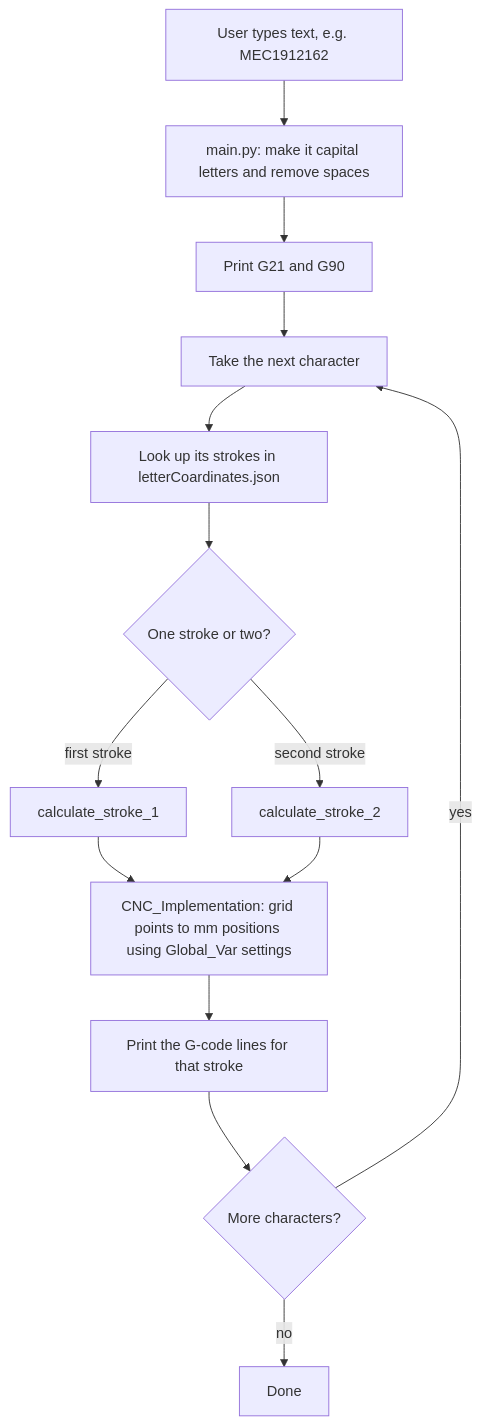
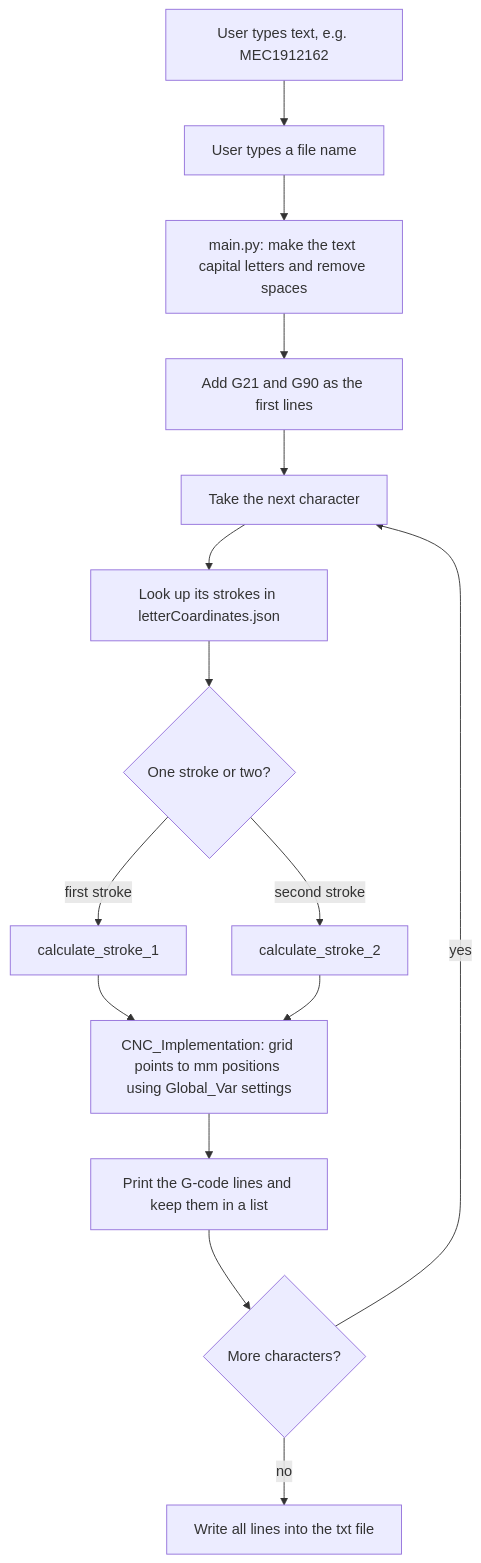
Before and after one commit to naveenpandiyan525/Automating-G_Code-Generation-to-print-letters-and-numbers: the diagram in README.md, drawn with Mermaid. The commit also changed other lines of this file and 2 other files, not shown here.

````diff
--- a/README.md
+++ b/README.md
@@ -166,16 +174,17 @@
 ```mermaid
 flowchart TD
-    A[User types text, e.g. MEC1912162] --> B[main.py: make it capital letters and remove spaces]
-    B --> C[Print G21 and G90]
+    A[User types text, e.g. MEC1912162] --> A2[User types a file name]
+    A2 --> B[main.py: make the text capital letters and remove spaces]
+    B --> C[Add G21 and G90 as the first lines]
     C --> D[Take the next character]
     D --> E[Look up its strokes in letterCoardinates.json]
     E --> F{One stroke or two?}
     F -->|first stroke| G[calculate_stroke_1]
     F -->|second stroke| H[calculate_stroke_2]
     G --> I[CNC_Implementation: grid points to mm positions using Global_Var settings]
     H --> I
-    I --> J[Print the G-code lines for that stroke]
+    I --> J[Print the G-code lines and keep them in a list]
     J --> K{More characters?}
     K -->|yes| D
-    K -->|no| L[Done]
+    K -->|no| L[Write all lines into the txt file]
 ```
````
